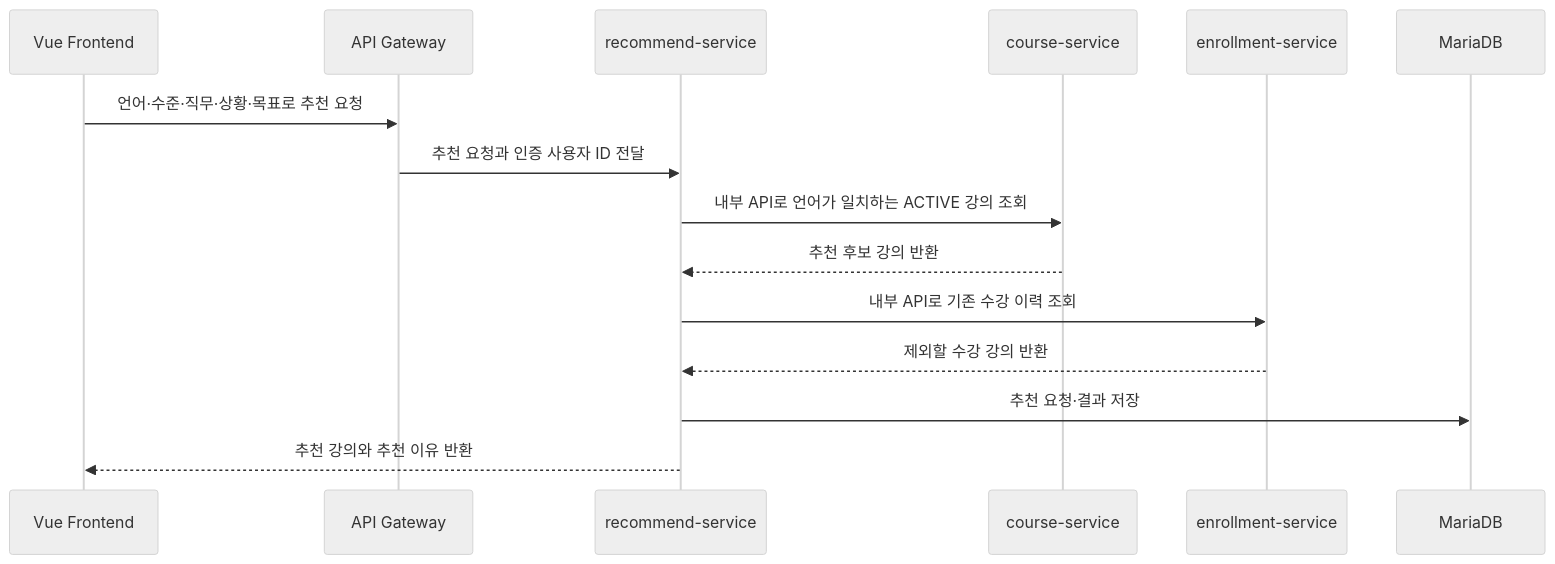
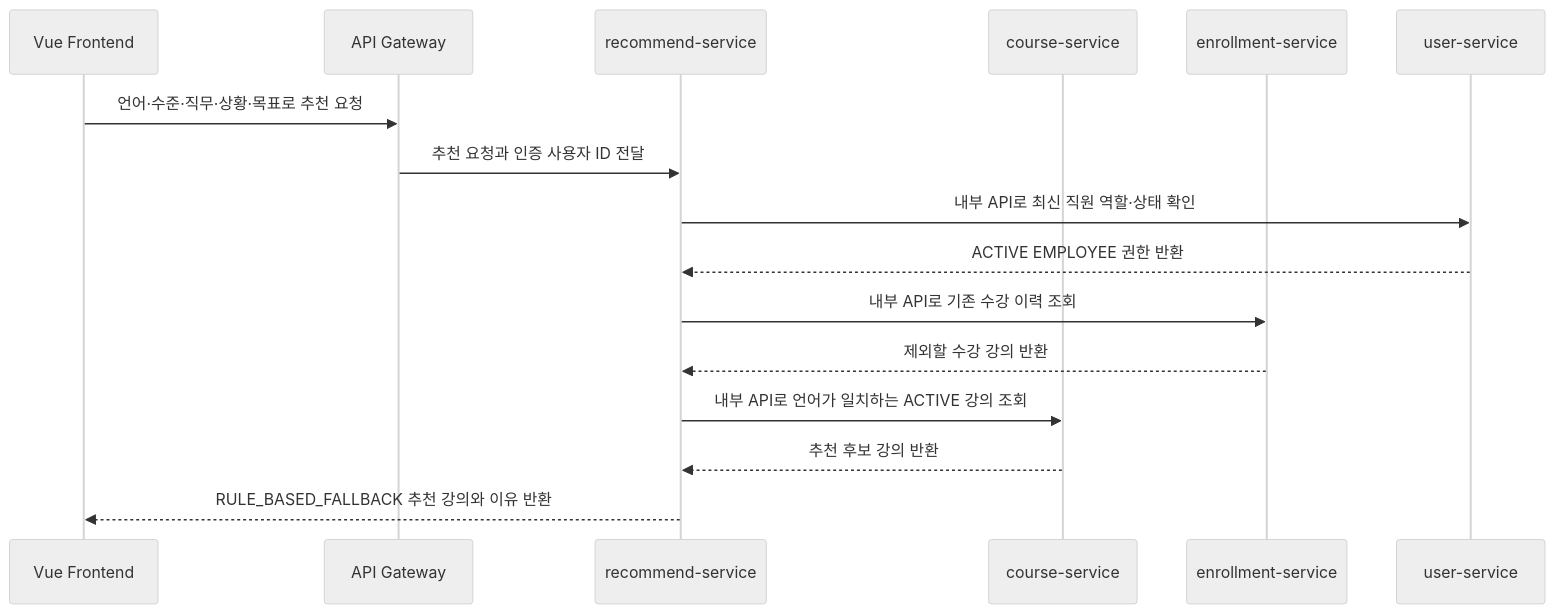
The sixth of 6 diagrams in README.md (skala-msa-team/linguaroute-msa), drawn with Mermaid (neutral theme) before and after one commit. The commit also changed other lines of this file and 77 other files, not shown here.

````diff
--- a/README.md
+++ b/README.md
@@ -452,18 +452,19 @@
 ```mermaid
 sequenceDiagram
     participant FE as Vue Frontend
     participant GW as API Gateway
     participant RS as recommend-service
     participant CS as course-service
     participant ES as enrollment-service
-    participant DB as MariaDB
+    participant US as user-service
 
     FE->>GW: 언어·수준·직무·상황·목표로 추천 요청
     GW->>RS: 추천 요청과 인증 사용자 ID 전달
+    RS->>US: 내부 API로 최신 직원 역할·상태 확인
+    US-->>RS: ACTIVE EMPLOYEE 권한 반환
+    RS->>ES: 내부 API로 기존 수강 이력 조회
+    ES-->>RS: 제외할 수강 강의 반환
     RS->>CS: 내부 API로 언어가 일치하는 ACTIVE 강의 조회
     CS-->>RS: 추천 후보 강의 반환
-    RS->>ES: 내부 API로 기존 수강 이력 조회
-    ES-->>RS: 제외할 수강 강의 반환
-    RS->>DB: 추천 요청·결과 저장
-    RS-->>FE: 추천 강의와 추천 이유 반환
+    RS-->>FE: RULE_BASED_FALLBACK 추천 강의와 이유 반환
 ```
````
